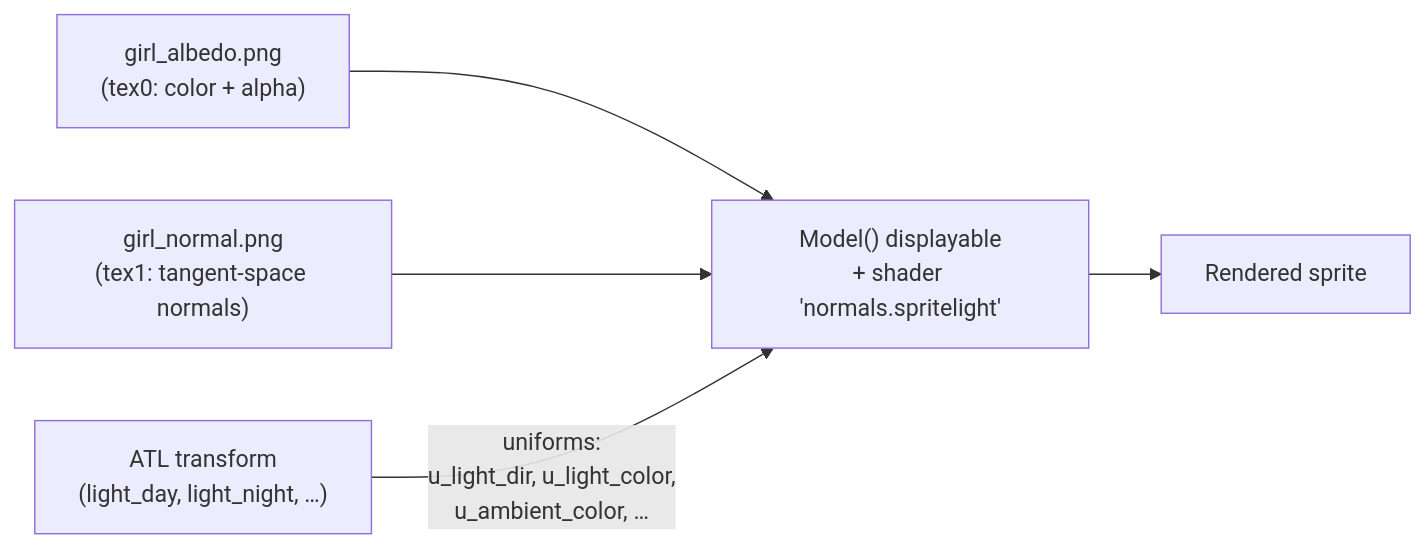
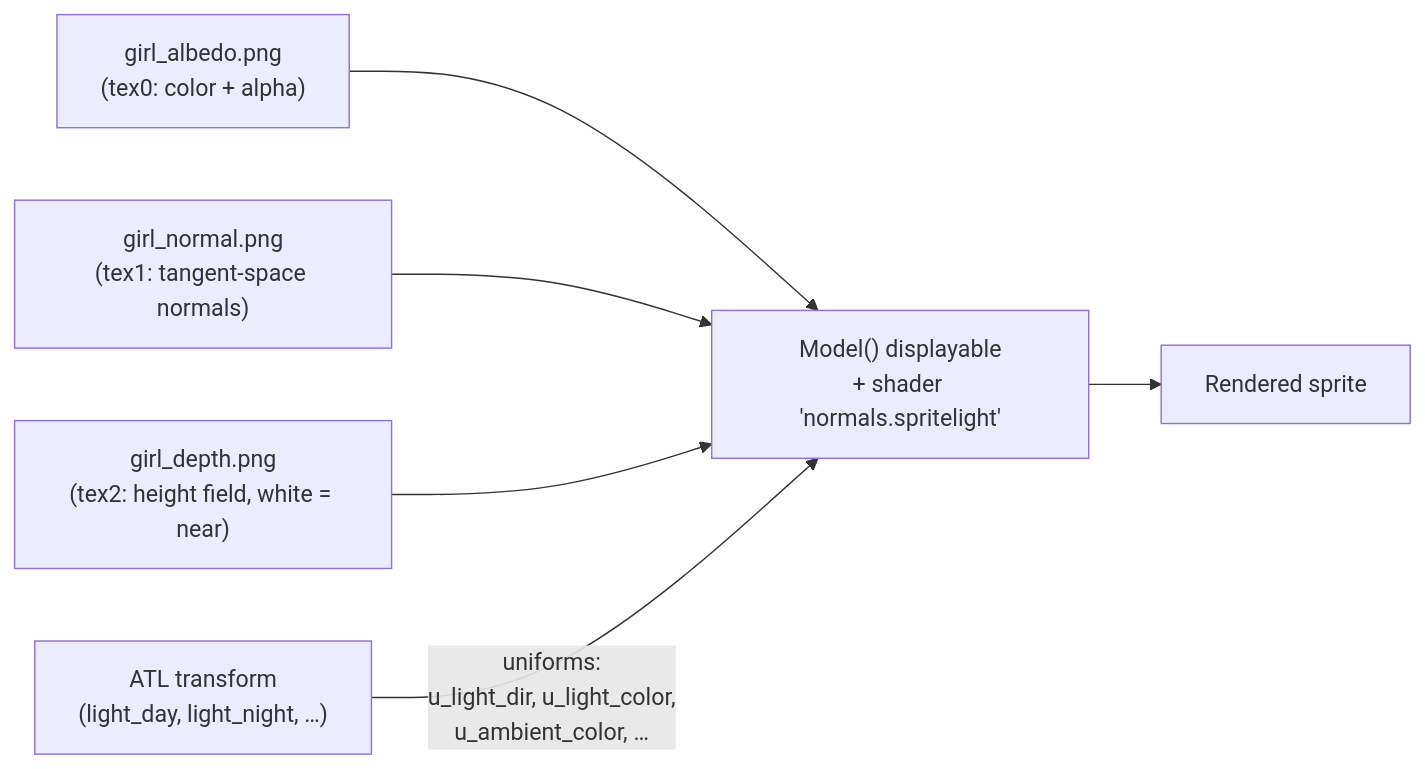
Before and after one commit to igwtech/renpy-normalmap-lighting: the diagram in README.md, drawn with Mermaid. The commit also changed other lines of this file and 34 other files, not shown here.

````diff
--- a/README.md
+++ b/README.md
@@ -24,7 +30,8 @@
 ```mermaid
 flowchart LR
     A["girl_albedo.png<br/>(tex0: color + alpha)"] --> M
     N["girl_normal.png<br/>(tex1: tangent-space normals)"] --> M
+    D["girl_depth.png<br/>(tex2: height field, white = near)"] --> M
     M["Model() displayable<br/>+ shader 'normals.spritelight'"] --> R["Rendered sprite"]
     T["ATL transform<br/>(light_day, light_night, …)"] -- "uniforms:<br/>u_light_dir, u_light_color,<br/>u_ambient_color, …" --> M
 ```
````
